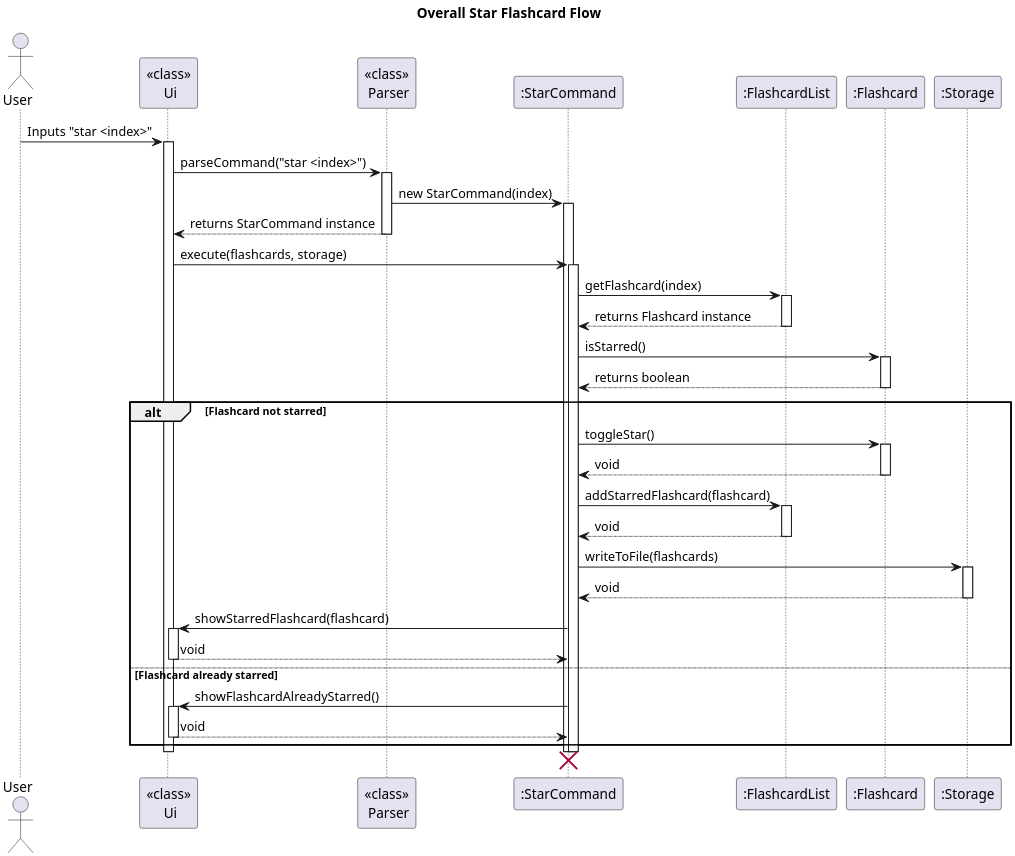
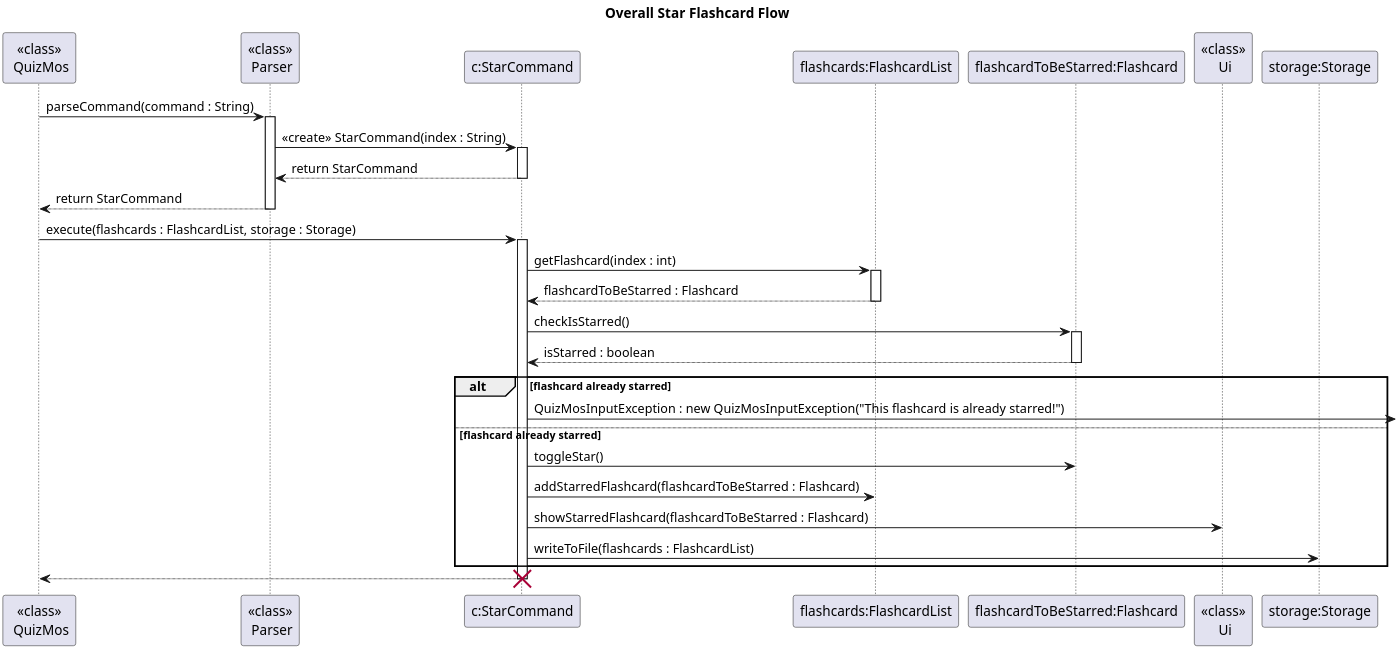
The diagram in docs/diagrams/StarFlashcardFeature_Overall.puml (ashutoshalung/tp), drawn with PlantUML before and after one commit. The commit also changed 18 other files, not shown here.

Commit message:
Fix Sequence diagrams

```diff
--- a/docs/diagrams/StarFlashcardFeature_Overall.puml
+++ b/docs/diagrams/StarFlashcardFeature_Overall.puml
@@ -1,72 +1,54 @@
 @startuml
 title Overall Star Flashcard Flow
 
-' --- High resolution for clear PNG output ---
 skinparam dpi 300
+skinparam sequenceReferenceBackgroundColor #7cb9e8
 
-actor User
+participant "<<class>>\n QuizMos" as quizmos
+participant "<<class>>\n Parser" as parser
+participant "c:StarCommand" as starCommand
+participant "flashcards:FlashcardList" as flashcardList
+participant "flashcardToBeStarred:Flashcard" as flashcard
 participant "<<class>>\n Ui" as ui
-participant "<<class>>\n Parser" as parser
-participant ":StarCommand" as starCommand
-participant ":FlashcardList" as flashcardList
-participant ":Flashcard" as flashcard
-participant ":Storage" as storage
+participant "storage:Storage" as storage
 
-User -> ui : Inputs "star <index>"
-activate ui
+quizmos -> parser : parseCommand(command : String)
+activate parser
 
-ui -> parser : parseCommand("star <index>")
-activate parser
-parser -> starCommand : new StarCommand(index)
+parser -> starCommand : <<create>> StarCommand(index : String)
 activate starCommand
-parser --> ui : returns StarCommand instance
+
+starCommand --> parser : return StarCommand
+deactivate starCommand
+
+parser --> quizmos : return StarCommand
 deactivate parser
 
-ui -> starCommand : execute(flashcards, storage)
+quizmos -> starCommand : execute(flashcards : FlashcardList, storage : Storage)
 activate starCommand
 
-starCommand -> flashcardList : getFlashcard(index)
+starCommand -> flashcardList : getFlashcard(index : int)
 activate flashcardList
-flashcardList --> starCommand : returns Flashcard instance
+flashcardList --> starCommand : flashcardToBeStarred : Flashcard
 deactivate flashcardList
 
-starCommand -> flashcard : isStarred()
+starCommand -> flashcard : checkIsStarred()
 activate flashcard
-flashcard --> starCommand : returns boolean
+flashcard --> starCommand : isStarred : boolean
 deactivate flashcard
 
-alt Flashcard not starred
+alt flashcard already starred
+starCommand -> :QuizMosInputException : new QuizMosInputException("This flashcard is already starred!")
+else flashcard already starred
 starCommand -> flashcard : toggleStar()
-activate flashcard
-flashcard --> starCommand : void
-deactivate flashcard
+starCommand -> flashcardList : addStarredFlashcard(flashcardToBeStarred : Flashcard)
+starCommand -> ui : showStarredFlashcard(flashcardToBeStarred : Flashcard)
+starCommand -> storage : writeToFile(flashcards : FlashcardList)
 
-starCommand -> flashcardList : addStarredFlashcard(flashcard)
-activate flashcardList
-flashcardList --> starCommand : void
-deactivate flashcardList
-
-starCommand -> storage : writeToFile(flashcards)
-activate storage
-storage --> starCommand : void
-deactivate storage
-
-starCommand -> ui : showStarredFlashcard(flashcard)
-activate ui
-ui --> starCommand : void
-deactivate ui
-
-else Flashcard already starred
-starCommand -> ui : showFlashcardAlreadyStarred()
-activate ui
-ui --> starCommand : void
-deactivate ui
 end
-
+starCommand --> quizmos
 deactivate starCommand
-deactivate ui
-
-' --- Object cleanup phase ---
 destroy starCommand
 
+
 @enduml
```
